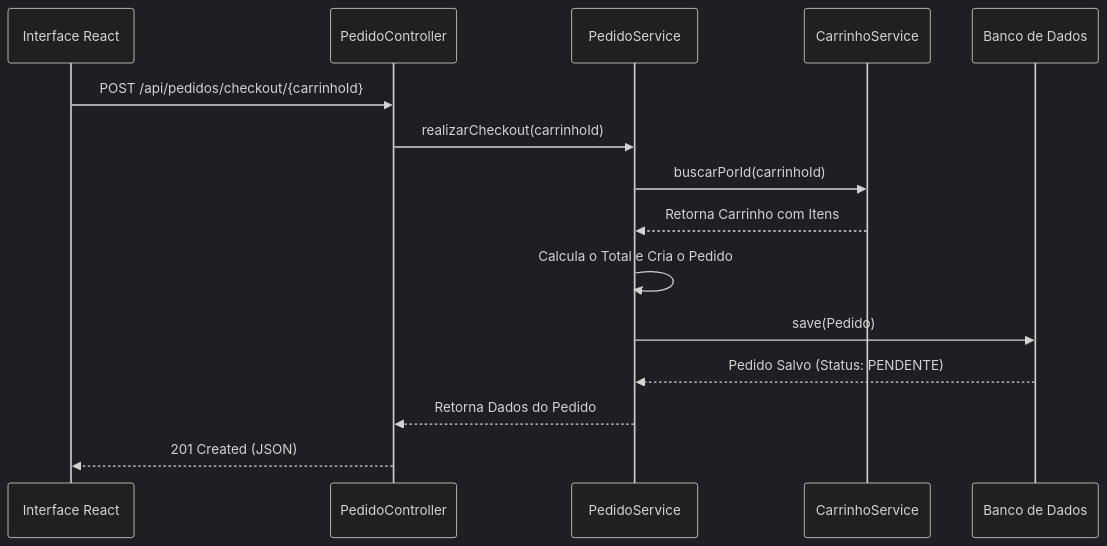
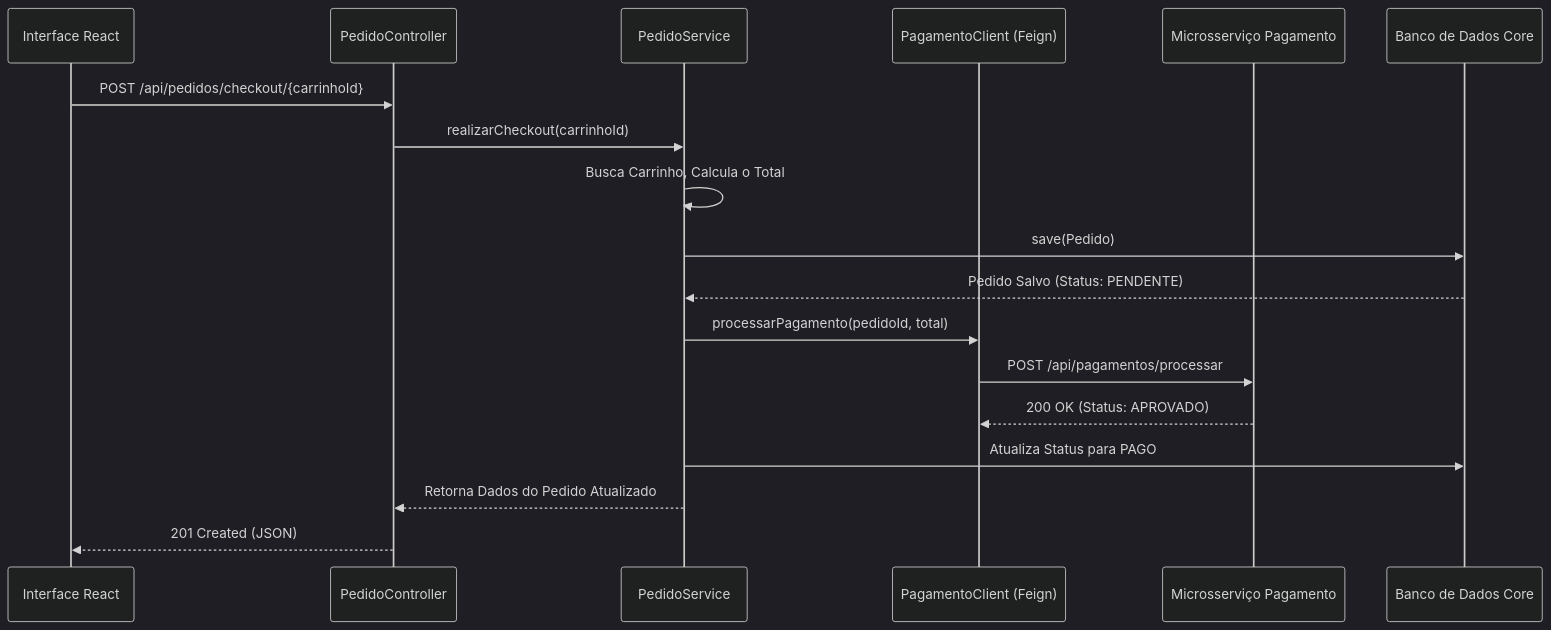
One commit to Matheusz19/Backend_Ecommerce changed the second of 3 diagrams in README.md. Above: the diagram before and after it, drawn with Mermaid (dark theme). The commit also changed other lines of this file and 6 other files, not shown here.

Commit message:
Atualização do projeto para inclusão de um microserviço "pagamento" e todos os componentes necessários para que funcione.

````diff
--- a/README.md
+++ b/README.md
@@ -74,22 +84,26 @@
 ```mermaid
 sequenceDiagram
     participant UI as Interface React
     participant PedidoCtrl as PedidoController
     participant PedidoSrv as PedidoService
-    participant CarrinhoSrv as CarrinhoService
-    participant DB as Banco de Dados
-    
+    participant PagClient as PagamentoClient (Feign)
+    participant PagMS as Microsserviço Pagamento
+    participant DB as Banco de Dados Core
+
     UI->>PedidoCtrl: POST /api/pedidos/checkout/{carrinhoId}
     PedidoCtrl->>PedidoSrv: realizarCheckout(carrinhoId)
-    
-    PedidoSrv->>CarrinhoSrv: buscarPorId(carrinhoId)
-    CarrinhoSrv-->>PedidoSrv: Retorna Carrinho com Itens
-    
-    PedidoSrv->>PedidoSrv: Calcula o Total e Cria o Pedido
-    
+
+    PedidoSrv->>PedidoSrv: Busca Carrinho, Calcula o Total
+
     PedidoSrv->>DB: save(Pedido)
     DB-->>PedidoSrv: Pedido Salvo (Status: PENDENTE)
-    
-    PedidoSrv-->>PedidoCtrl: Retorna Dados do Pedido
+
+    PedidoSrv->>PagClient: processarPagamento(pedidoId, total)
+    PagClient->>PagMS: POST /api/pagamentos/processar
+    PagMS-->>PagClient: 200 OK (Status: APROVADO)
+
+    PedidoSrv->>DB: Atualiza Status para PAGO
+
+    PedidoSrv-->>PedidoCtrl: Retorna Dados do Pedido Atualizado
     PedidoCtrl-->>UI: 201 Created (JSON)
 ```
````
